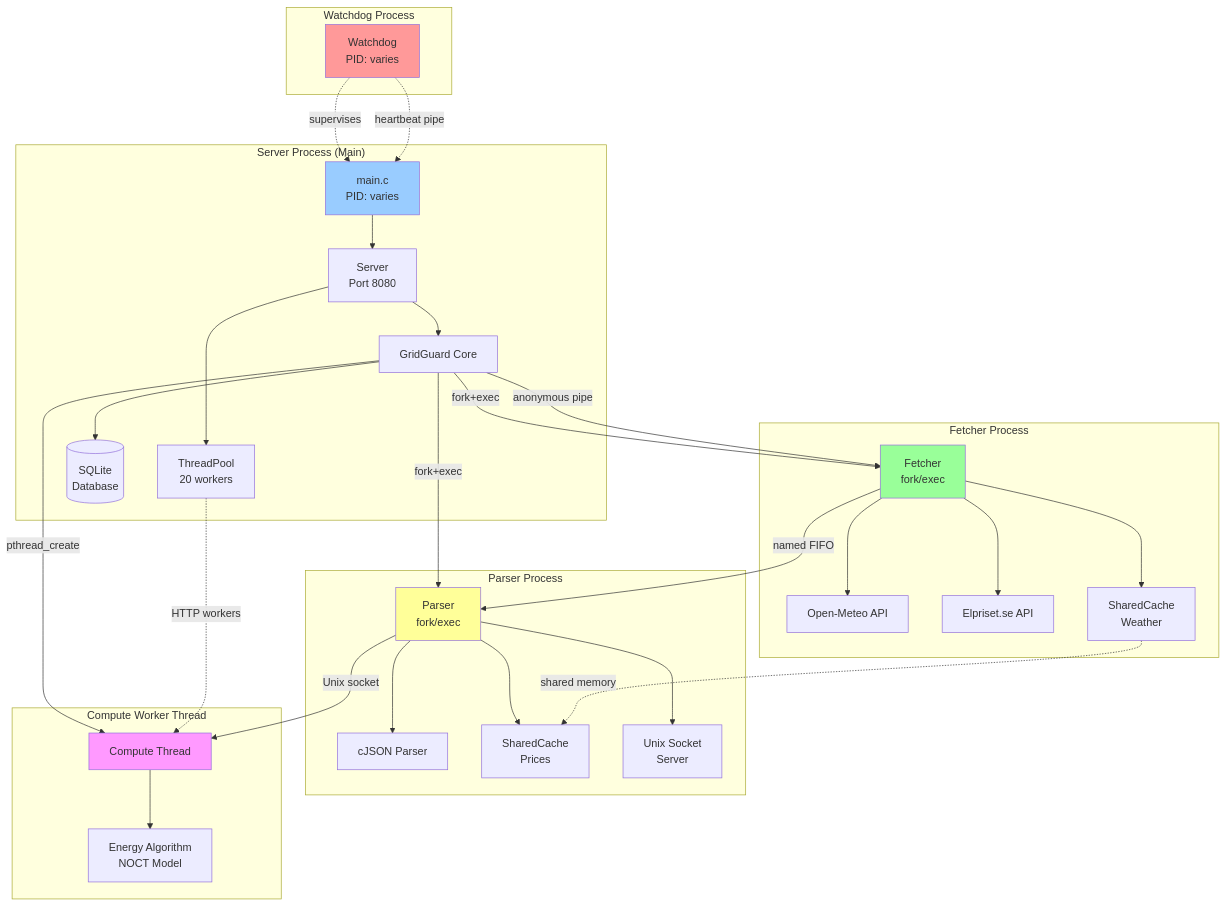
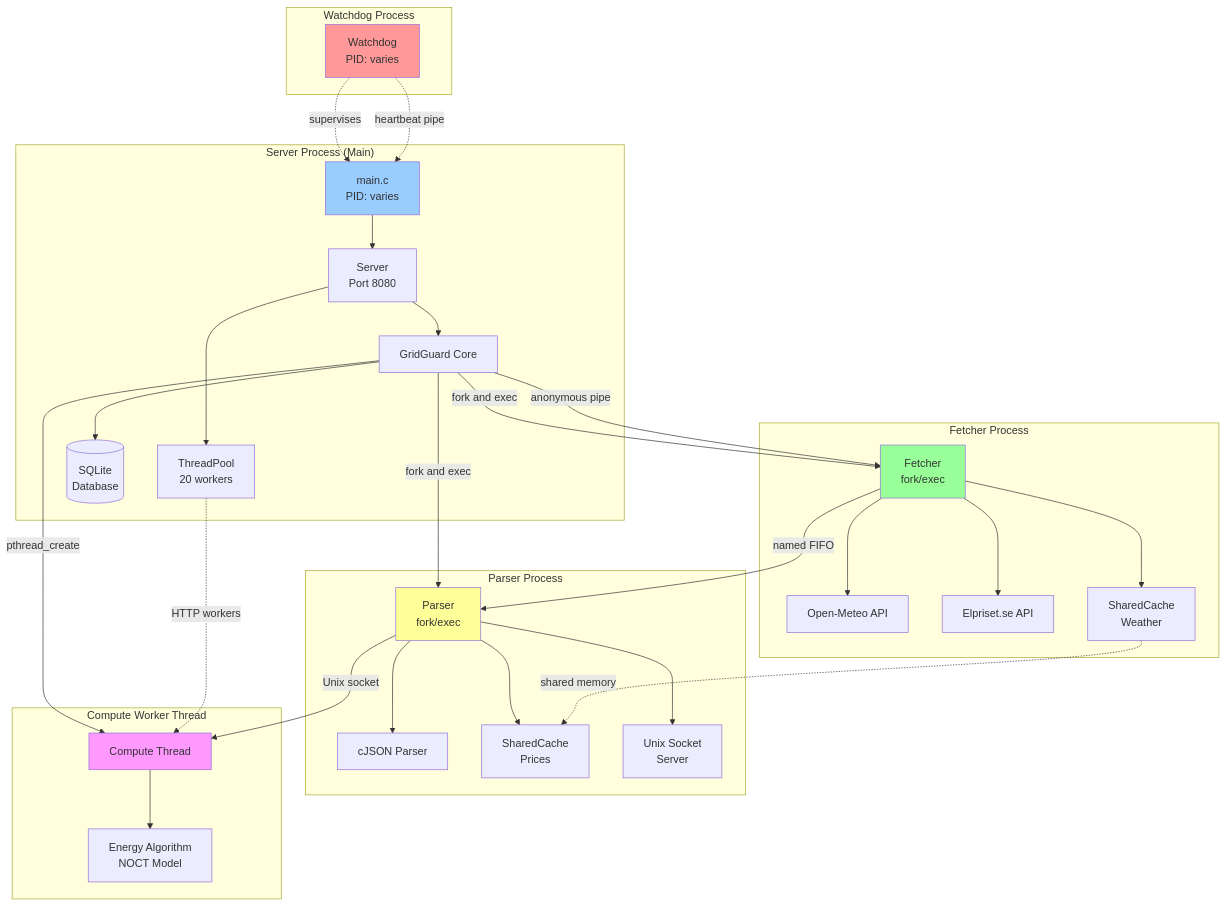
One commit to allejako/GridGuard changed the first of 15 diagrams in docs/Nya/SYSTEM_ARKITEKTUR_MERMAID.md. Above: the diagram before and after it, drawn with Mermaid. The commit also changed other lines of this file and 20 other files, not shown here.

````diff
--- a/docs/Nya/SYSTEM_ARKITEKTUR_MERMAID.md
+++ b/docs/Nya/SYSTEM_ARKITEKTUR_MERMAID.md
@@ -10,69 +10,69 @@
 ```mermaid
 graph TB
     subgraph "Watchdog Process"
         WD[Watchdog<br/>PID: varies]
     end
 
     subgraph "Server Process (Main)"
         MAIN[main.c<br/>PID: varies]
         SRV[Server<br/>Port 8080]
         TP[ThreadPool<br/>20 workers]
         GG[GridGuard Core]
         DB[(SQLite<br/>Database)]
 
         MAIN --> SRV
         SRV --> TP
         SRV --> GG
         GG --> DB
     end
 
     subgraph "Fetcher Process"
         FETCH[Fetcher<br/>fork/exec]
         API1[Open-Meteo API]
         API2[Elpriset.se API]
         CACHE1[SharedCache<br/>Weather]
 
         FETCH --> API1
         FETCH --> API2
         FETCH --> CACHE1
     end
 
     subgraph "Parser Process"
         PARSE[Parser<br/>fork/exec]
         JSON[cJSON Parser]
         CACHE2[SharedCache<br/>Prices]
         USOCK[Unix Socket<br/>Server]
 
         PARSE --> JSON
         PARSE --> CACHE2
         PARSE --> USOCK
     end
 
     subgraph "Compute Worker Thread"
         COMP[Compute Thread]
         ALG[Energy Algorithm<br/>NOCT Model]
 
         COMP --> ALG
     end
 
     WD -.supervises.-> MAIN
     WD -.heartbeat pipe.-> MAIN
 
-    GG -->|fork+exec| FETCH
-    GG -->|fork+exec| PARSE
+    GG -->|fork and exec| FETCH
+    GG -->|fork and exec| PARSE
     GG -->|pthread_create| COMP
 
     GG -->|anonymous pipe| FETCH
     FETCH -->|named FIFO| PARSE
     PARSE -->|Unix socket| COMP
 
     CACHE1 -.shared memory.-> CACHE2
 
     TP -.HTTP workers.-> COMP
 
     style WD fill:#ff9999
     style MAIN fill:#99ccff
     style FETCH fill:#99ff99
     style PARSE fill:#ffff99
     style COMP fill:#ff99ff
 ```
````
